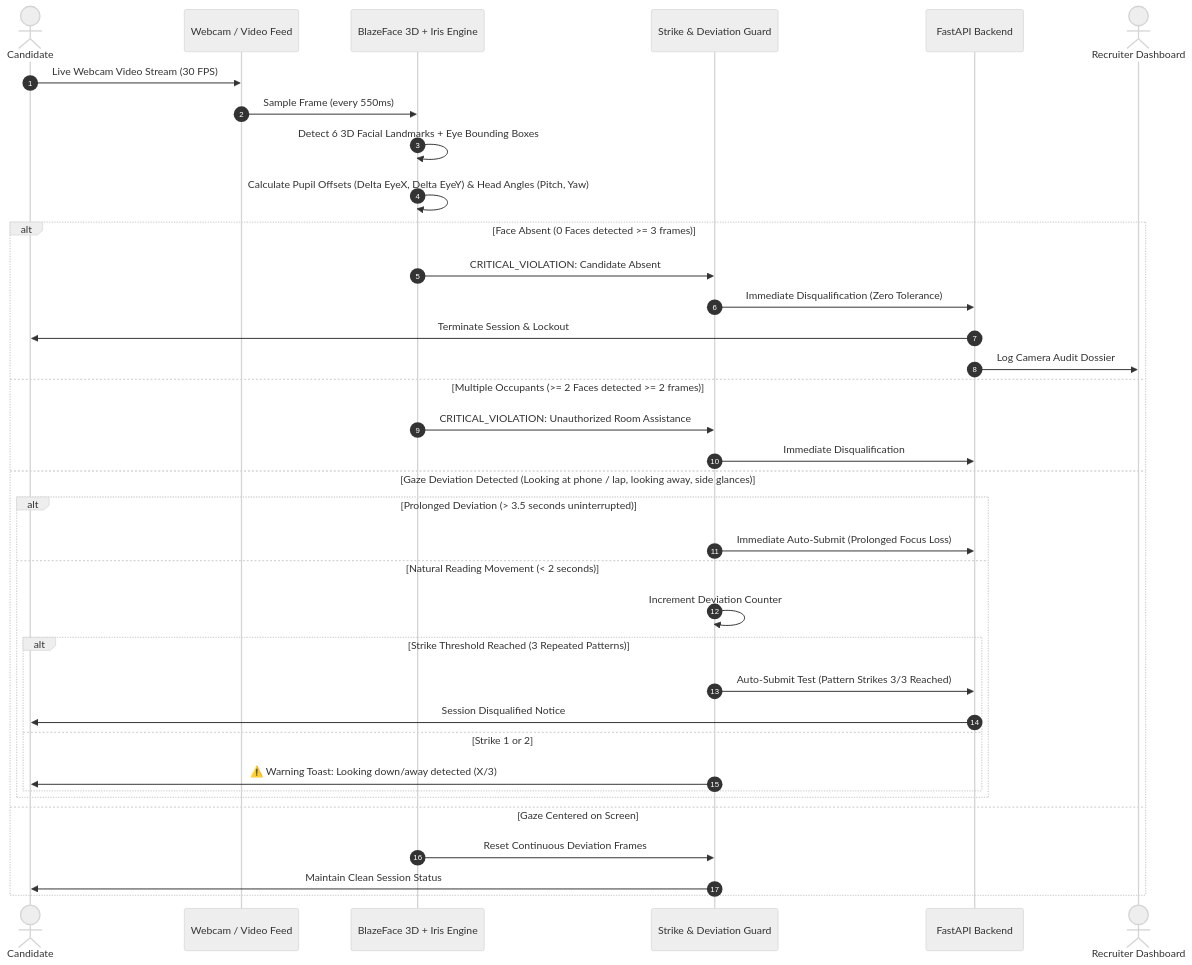
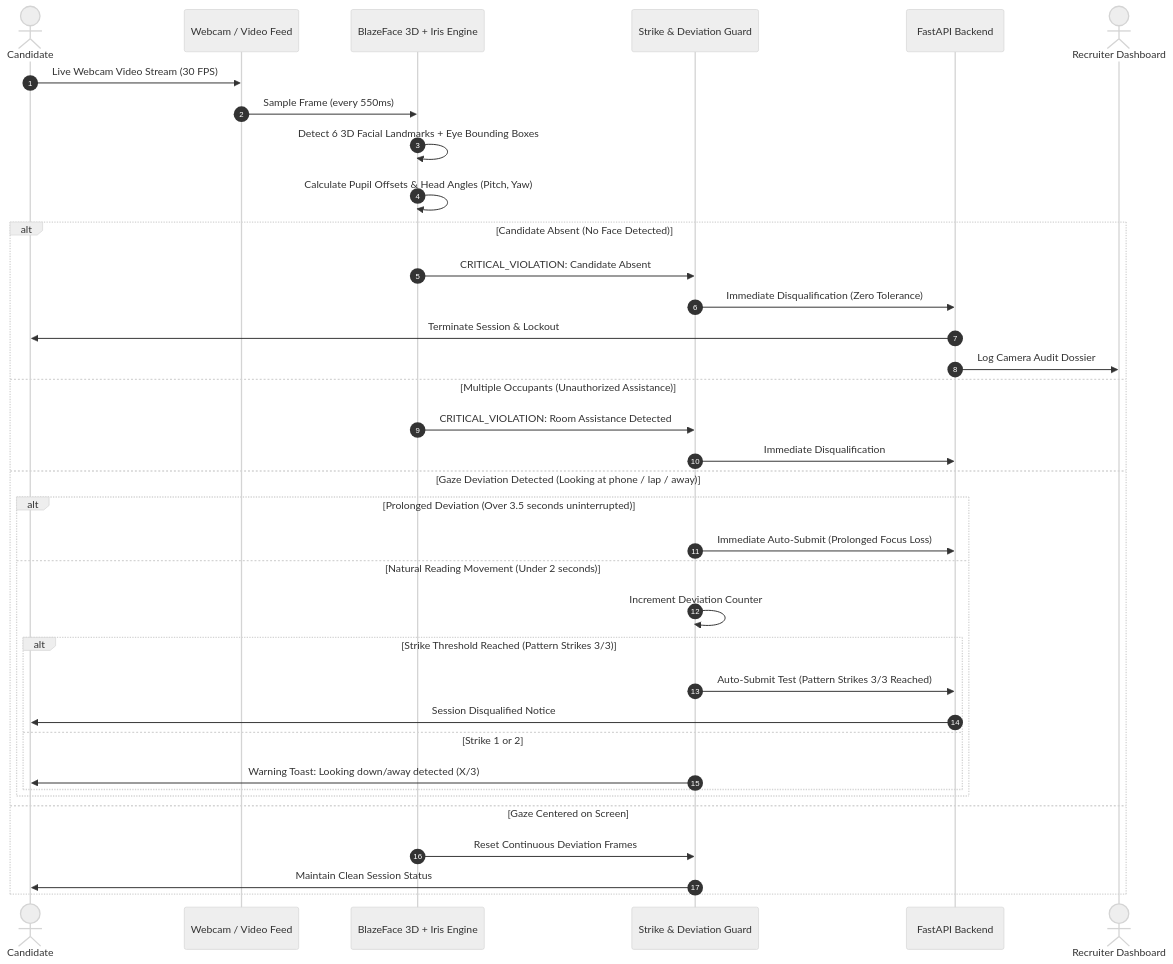
One commit to manoj-chavan-13/AI-Powered-Recruitment-Automation changed the second of 3 diagrams in README.md. Above: the diagram before and after it, drawn with Mermaid (neutral theme). The commit also changed other lines of this file, not shown here.

Commit message:
docs: fix Mermaid diagram syntax and markdown formatting in README

````diff
--- a/README.md
+++ b/README.md
@@ -110,40 +118,40 @@
 ```mermaid
 sequenceDiagram
     autonumber
-    actor Candidate
+    actor Candidate as Candidate
     participant Camera as Webcam / Video Feed
     participant CV as BlazeFace 3D + Iris Engine
     participant Logic as Strike & Deviation Guard
     participant API as FastAPI Backend
     actor Recruiter as Recruiter Dashboard
 
     Candidate->>Camera: Live Webcam Video Stream (30 FPS)
     Camera->>CV: Sample Frame (every 550ms)
     CV->>CV: Detect 6 3D Facial Landmarks + Eye Bounding Boxes
-    CV->>CV: Calculate Pupil Offsets (Delta EyeX, Delta EyeY) & Head Angles (Pitch, Yaw)
+    CV->>CV: Calculate Pupil Offsets & Head Angles (Pitch, Yaw)
 
-    alt Face Absent (0 Faces detected >= 3 frames)
+    alt Candidate Absent (No Face Detected)
         CV->>Logic: CRITICAL_VIOLATION: Candidate Absent
         Logic->>API: Immediate Disqualification (Zero Tolerance)
         API->>Candidate: Terminate Session & Lockout
         API->>Recruiter: Log Camera Audit Dossier
-    else Multiple Occupants (>= 2 Faces detected >= 2 frames)
-        CV->>Logic: CRITICAL_VIOLATION: Unauthorized Room Assistance
+    else Multiple Occupants (Unauthorized Assistance)
+        CV->>Logic: CRITICAL_VIOLATION: Room Assistance Detected
         Logic->>API: Immediate Disqualification
-    else Gaze Deviation Detected (Looking at phone / lap, looking away, side glances)
-        alt Prolonged Deviation (> 3.5 seconds uninterrupted)
+    else Gaze Deviation Detected (Looking at phone / lap / away)
+        alt Prolonged Deviation (Over 3.5 seconds uninterrupted)
             Logic->>API: Immediate Auto-Submit (Prolonged Focus Loss)
-        else Natural Reading Movement (< 2 seconds)
+        else Natural Reading Movement (Under 2 seconds)
             Logic->>Logic: Increment Deviation Counter
-            alt Strike Threshold Reached (3 Repeated Patterns)
+            alt Strike Threshold Reached (Pattern Strikes 3/3)
                 Logic->>API: Auto-Submit Test (Pattern Strikes 3/3 Reached)
                 API->>Candidate: Session Disqualified Notice
             else Strike 1 or 2
-                Logic->>Candidate: ⚠️ Warning Toast: Looking down/away detected (X/3)
+                Logic->>Candidate: Warning Toast: Looking down/away detected (X/3)
             end
         end
     else Gaze Centered on Screen
         CV->>Logic: Reset Continuous Deviation Frames
         Logic->>Candidate: Maintain Clean Session Status
     end
 ```
````
